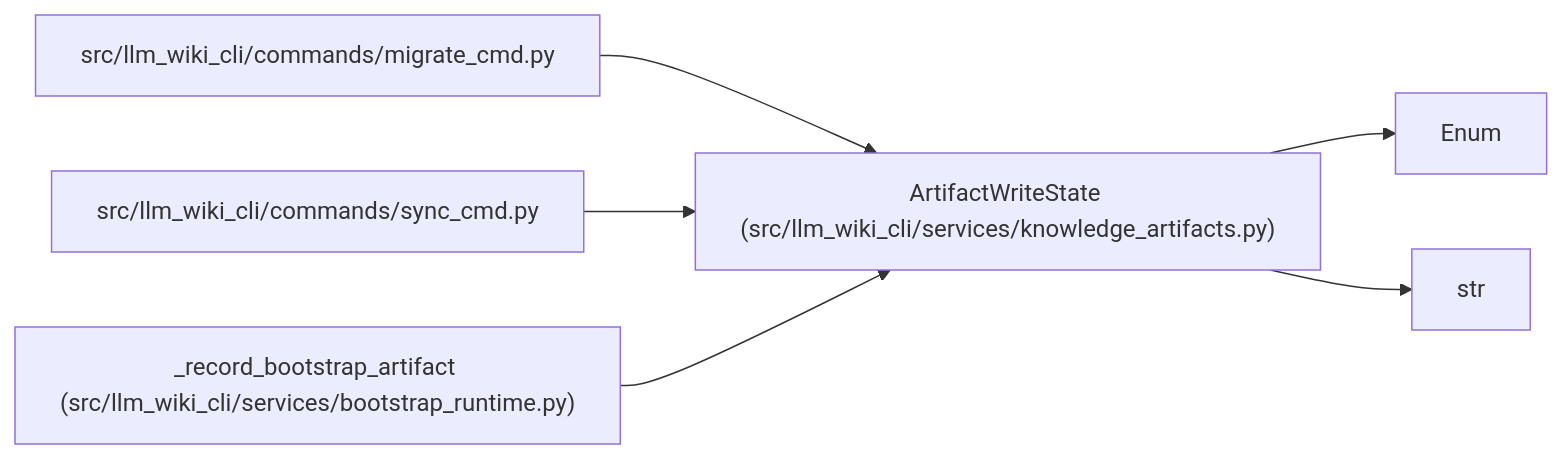
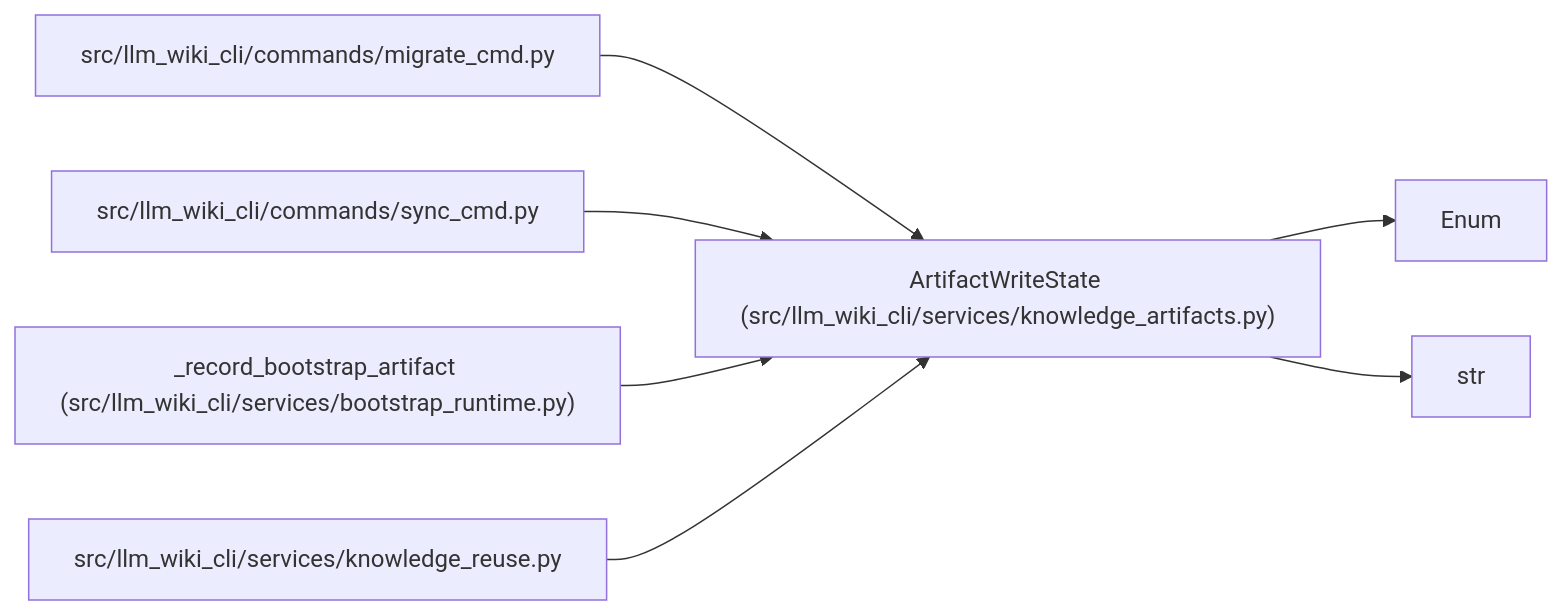
Before and after one commit to Denissvgn/python-wiki-llm: the diagram in docs/llm_wiki/entities/ArtifactWriteState.md, drawn with Mermaid. The commit also changed other lines of this file and 240 other files, not shown here.

````diff
--- a/docs/llm_wiki/entities/ArtifactWriteState.md
+++ b/docs/llm_wiki/entities/ArtifactWriteState.md
@@ -27,18 +27,21 @@
 ```mermaid
 flowchart LR
     n0["ArtifactWriteState (src/llm_wiki_cli/services/knowledge_artifacts.py)"]
     n1["Enum"]
     n2["str"]
     n3["src/llm_wiki_cli/commands/migrate_cmd.py"]
     n4["src/llm_wiki_cli/commands/sync_cmd.py"]
     n5["_record_bootstrap_artifact (src/llm_wiki_cli/services/bootstrap_runtime.py)"]
+    n6["src/llm_wiki_cli/services/knowledge_reuse.py"]
     n0 --> n1
     n0 --> n2
     n3 --> n0
     n4 --> n0
     n5 --> n0
+    n6 --> n0
     click n0 "../modules/knowledge_artifacts.md"
     click n3 "../modules/migrate_cmd.md"
     click n4 "../modules/sync_cmd.md"
     click n5 "../modules/bootstrap_runtime.md"
+    click n6 "../modules/knowledge_reuse.md"
 ```
````
